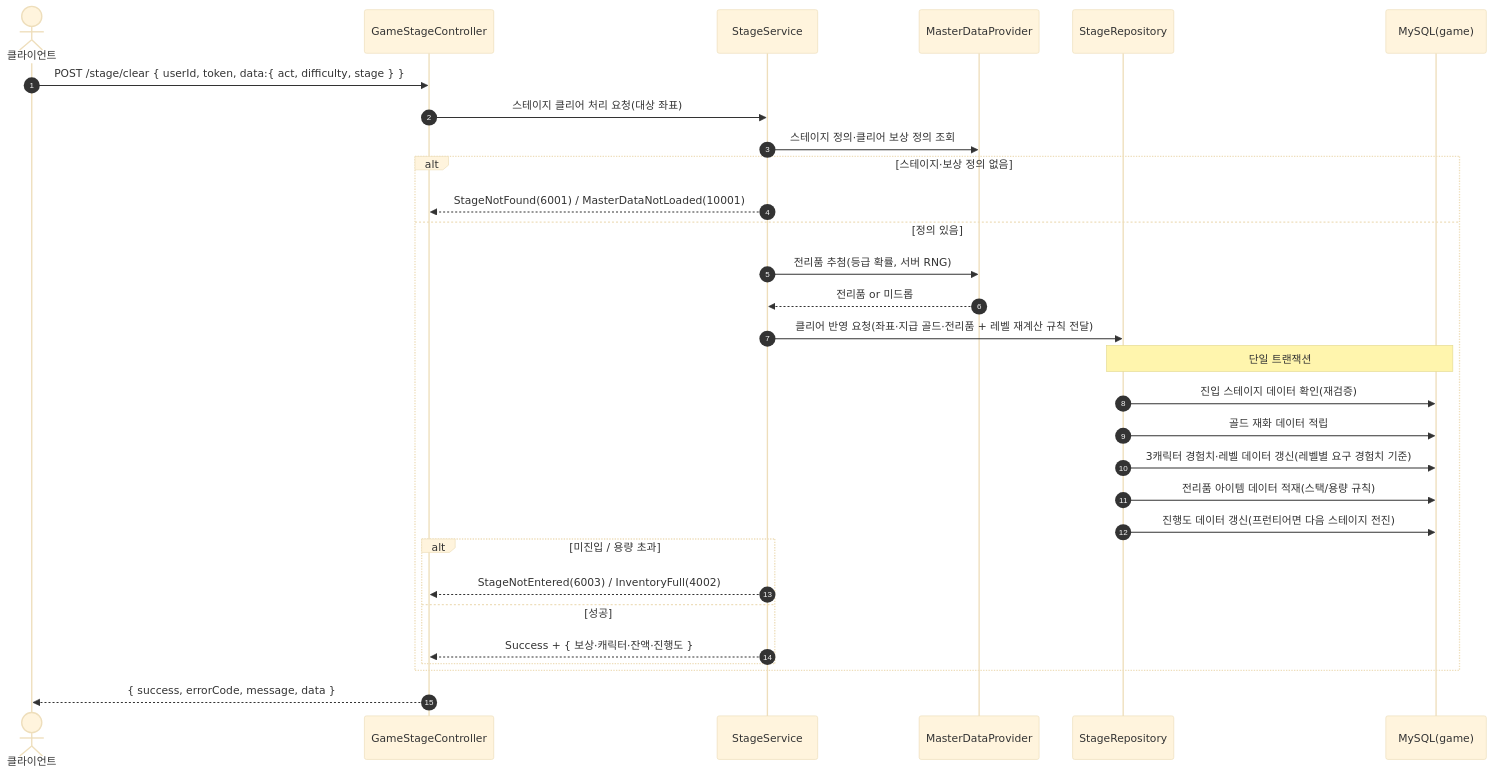
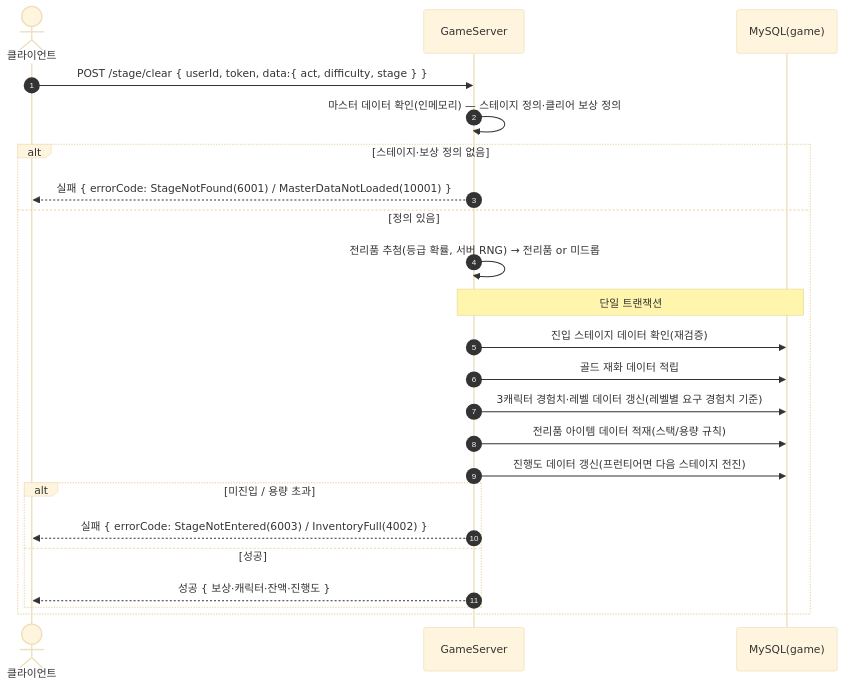
One commit to ks-wook/com2us-taskbar-hero changed the second of 2 diagrams in SequenceDiagram/GameStageController.md. Above: the diagram before and after it, drawn with Mermaid (base theme). The commit also changed other lines of this file and 8 other files, not shown here.

Commit message:
시퀀스 다이어그램 수정

````diff
--- a/SequenceDiagram/GameStageController.md
+++ b/SequenceDiagram/GameStageController.md
@@ -44,33 +37,26 @@
 ```mermaid
 sequenceDiagram
     autonumber
     actor C as 클라이언트
-    participant Ctrl as GameStageController
-    participant Svc as StageService
-    participant MD as MasterDataProvider
-    participant Repo as StageRepository
+    participant S as GameServer
     participant DB as MySQL(game)
 
-    C->>Ctrl: POST /stage/clear { userId, token, data:{ act, difficulty, stage } }
-    Ctrl->>Svc: 스테이지 클리어 처리 요청(대상 좌표)
-    Svc->>MD: 스테이지 정의·클리어 보상 정의 조회
+    C->>S: POST /stage/clear { userId, token, data:{ act, difficulty, stage } }
+    S->>S: 마스터 데이터 확인(인메모리) — 스테이지 정의·클리어 보상 정의
     alt 스테이지·보상 정의 없음
-        Svc-->>Ctrl: StageNotFound(6001) / MasterDataNotLoaded(10001)
+        S-->>C: 실패 { errorCode: StageNotFound(6001) / MasterDataNotLoaded(10001) }
     else 정의 있음
-        Svc->>MD: 전리품 추첨(등급 확률, 서버 RNG)
-        MD-->>Svc: 전리품 or 미드롭
-        Svc->>Repo: 클리어 반영 요청(좌표·지급 골드·전리품 + 레벨 재계산 규칙 전달)
-        Note over Repo,DB: 단일 트랜잭션
-        Repo->>DB: 진입 스테이지 데이터 확인(재검증)
-        Repo->>DB: 골드 재화 데이터 적립
-        Repo->>DB: 3캐릭터 경험치·레벨 데이터 갱신(레벨별 요구 경험치 기준)
-        Repo->>DB: 전리품 아이템 데이터 적재(스택/용량 규칙)
-        Repo->>DB: 진행도 데이터 갱신(프런티어면 다음 스테이지 전진)
+        S->>S: 전리품 추첨(등급 확률, 서버 RNG) → 전리품 or 미드롭
+        Note over S,DB: 단일 트랜잭션
+        S->>DB: 진입 스테이지 데이터 확인(재검증)
+        S->>DB: 골드 재화 데이터 적립
+        S->>DB: 3캐릭터 경험치·레벨 데이터 갱신(레벨별 요구 경험치 기준)
+        S->>DB: 전리품 아이템 데이터 적재(스택/용량 규칙)
+        S->>DB: 진행도 데이터 갱신(프런티어면 다음 스테이지 전진)
         alt 미진입 / 용량 초과
-            Svc-->>Ctrl: StageNotEntered(6003) / InventoryFull(4002)
+            S-->>C: 실패 { errorCode: StageNotEntered(6003) / InventoryFull(4002) }
         else 성공
-            Svc-->>Ctrl: Success + { 보상·캐릭터·잔액·진행도 }
+            S-->>C: 성공 { 보상·캐릭터·잔액·진행도 }
         end
     end
-    Ctrl-->>C: { success, errorCode, message, data }
 ```
````
